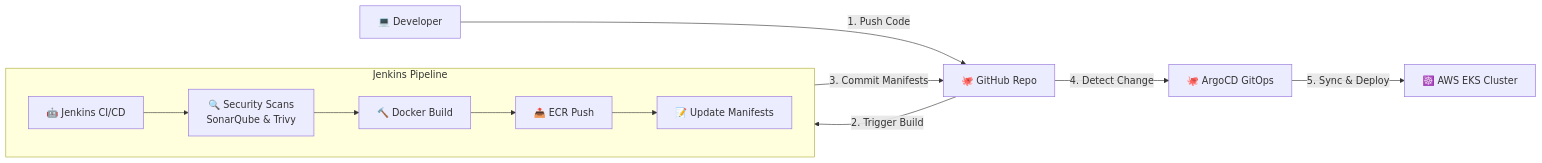
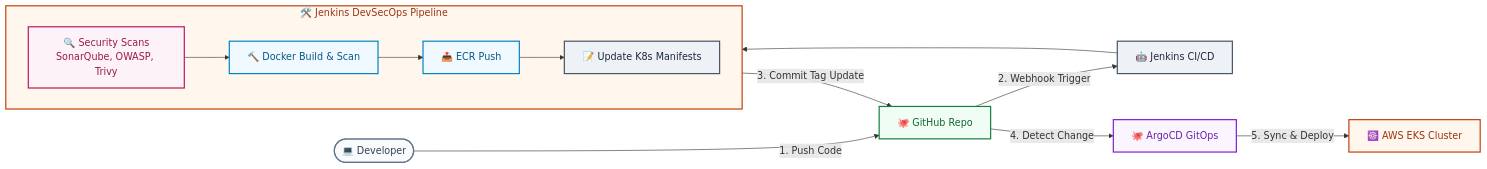
One commit to Sanket006/three-tier-devsecops-eks changed the second of 3 diagrams in docs/09-architecture-diagrams.md. Above: the diagram before and after it, drawn with Mermaid. The commit also changed other lines of this file and 2 other files, not shown here.

Commit message:
docs: add numbered steps to Kubernetes diagram, refine EKS and Jenkins VPC structures

````diff
--- a/docs/09-architecture-diagrams.md
+++ b/docs/09-architecture-diagrams.md
@@ -41,17 +88,37 @@
 ```mermaid
 graph LR
-    Dev[💻 Developer] -->|1. Push Code| Git[🐙 GitHub Repo]
-    Git -->|2. Trigger Build| Jenkins[🤖 Jenkins CI/CD]
-    
-    subgraph Jenkins Pipeline
+    %% Developer pushing code
+    Dev([💻 Developer]) -->|1. Push Code| Git[🐙 GitHub Repo]
+    Git -->|2. Webhook Trigger| Jenkins[🤖 Jenkins CI/CD]
+
+    %% Pipeline Stages
+    subgraph Jenkins_Pipeline ["🛠️ Jenkins DevSecOps Pipeline"]
         direction LR
-        Jenkins --> Scan[🔍 Security Scans<br/>SonarQube & Trivy]
-        Scan --> Build[🔨 Docker Build]
+        Scan[🔍 Security Scans<br/>SonarQube, OWASP, Trivy] --> Build[🔨 Docker Build & Scan]
         Build --> Push[📤 ECR Push]
-        Push --> Update[📝 Update Manifests]
+        Push --> UpdateManifest[📝 Update K8s Manifests]
     end
 
-    Update -->|3. Commit Manifests| Git
-    Git -->|4. Detect Change| Argo[🐙 ArgoCD GitOps]
-    Argo -->|5. Sync & Deploy| EKS[☸️ AWS EKS Cluster]
+    %% GitOps and Deploy Flow
+    Jenkins --> Scan
+    UpdateManifest -->|3. Commit Tag Update| Git
+    Git -->|4. Detect Change| ArgoCD[🐙 ArgoCD GitOps]
+    ArgoCD -->|5. Sync & Deploy| EKS[☸️ AWS EKS Cluster]
+
+    %% Styling
+    classDef developer fill:#f8fafc,stroke:#64748b,stroke-width:2px,color:#334155;
+    classDef source fill:#f0fdf4,stroke:#15803d,stroke-width:2px,color:#166534;
+    classDef ci fill:#eef2f7,stroke:#475569,stroke-width:2px,color:#1e293b;
+    classDef security fill:#fdf2f8,stroke:#be185d,stroke-width:2px,color:#9d174d;
+    classDef docker fill:#f0f9ff,stroke:#0284c7,stroke-width:2px,color:#075985;
+    classDef gitops fill:#faf5ff,stroke:#7e22ce,stroke-width:2px,color:#6b21a8;
+    classDef cluster fill:#fff7ed,stroke:#c2410c,stroke-width:2px,color:#9a3412;
+
+    class Dev developer;
+    class Git source;
+    class Jenkins,UpdateManifest ci;
+    class Scan security;
+    class Build,Push docker;
+    class ArgoCD gitops;
+    class EKS cluster;
 ```
````
